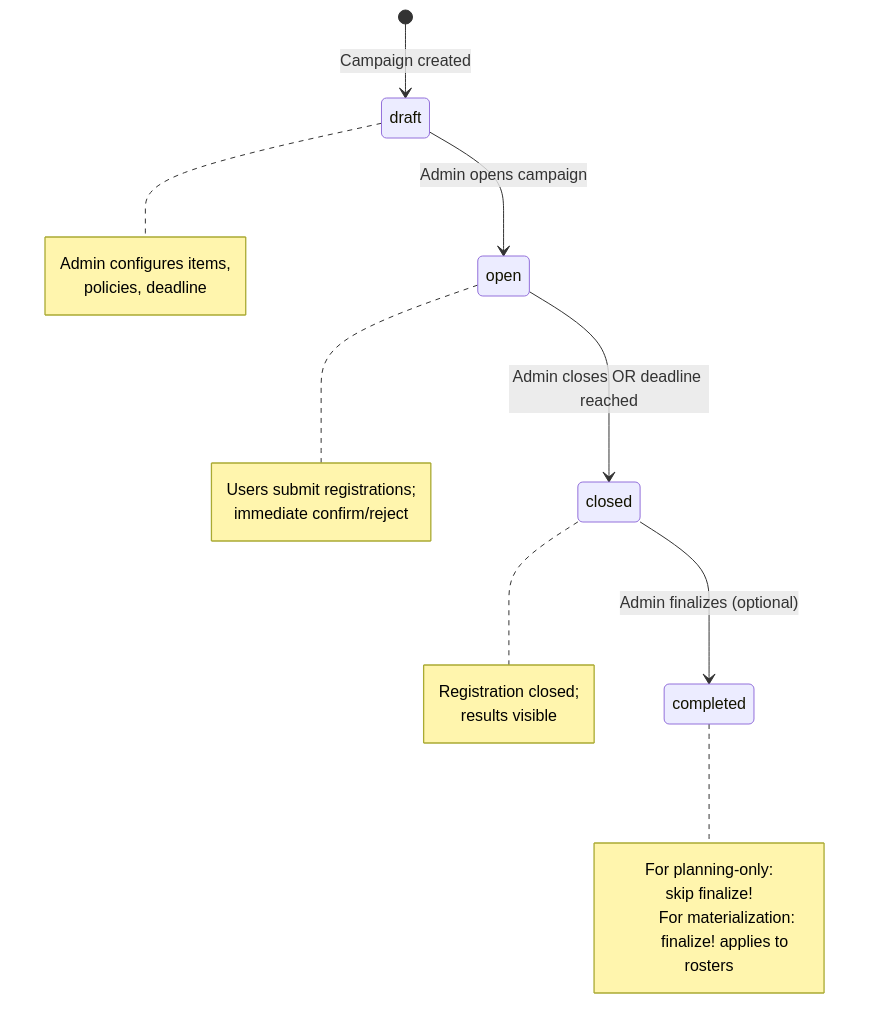
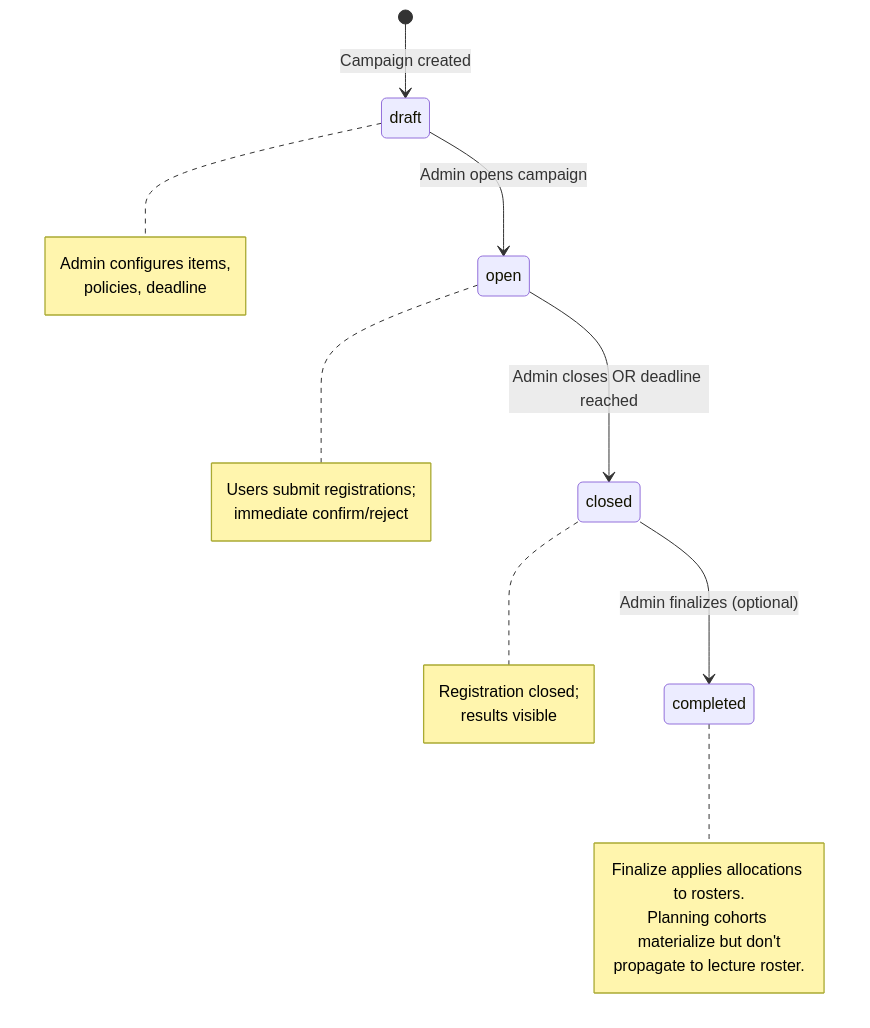
The fifth of 6 diagrams in architecture/src/features/02-registration.md (MaMpf-HD/mampf), drawn with Mermaid before and after one commit. The commit also changed other lines of this file and 6 other files, not shown here.

````diff
--- a/architecture/src/features/02-registration.md
+++ b/architecture/src/features/02-registration.md
@@ -1404,30 +1443,28 @@
 ```mermaid
 stateDiagram-v2
     [*] --> draft: Campaign created
     draft --> open: Admin opens campaign
     open --> closed: Admin closes OR deadline reached
     closed --> completed: Admin finalizes (optional)
 
     note right of draft
         Admin configures items,
         policies, deadline
     end note
 
     note right of open
         Users submit registrations;
         immediate confirm/reject
     end note
 
     note right of closed
         Registration closed;
         results visible
     end note
 
     note right of completed
-        For planning-only:
-        skip finalize!
-
-        For materialization:
-        finalize! applies to rosters
+        Finalize applies allocations to rosters.
+        Planning cohorts materialize but don't
+        propagate to lecture roster.
     end note
 ```
````
